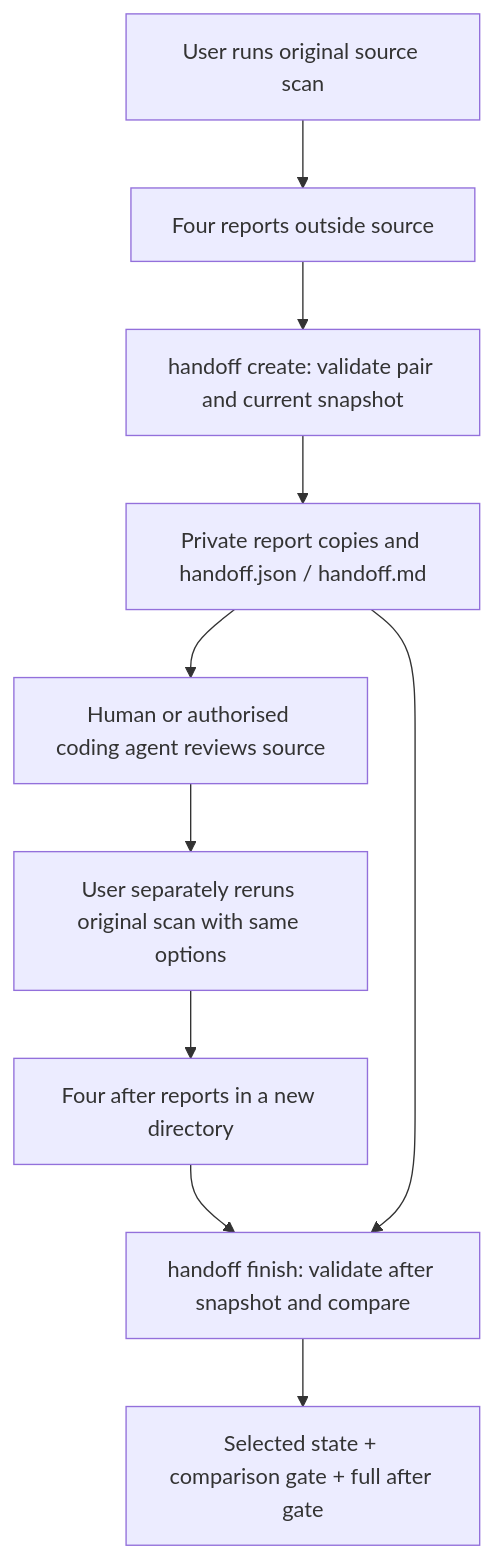
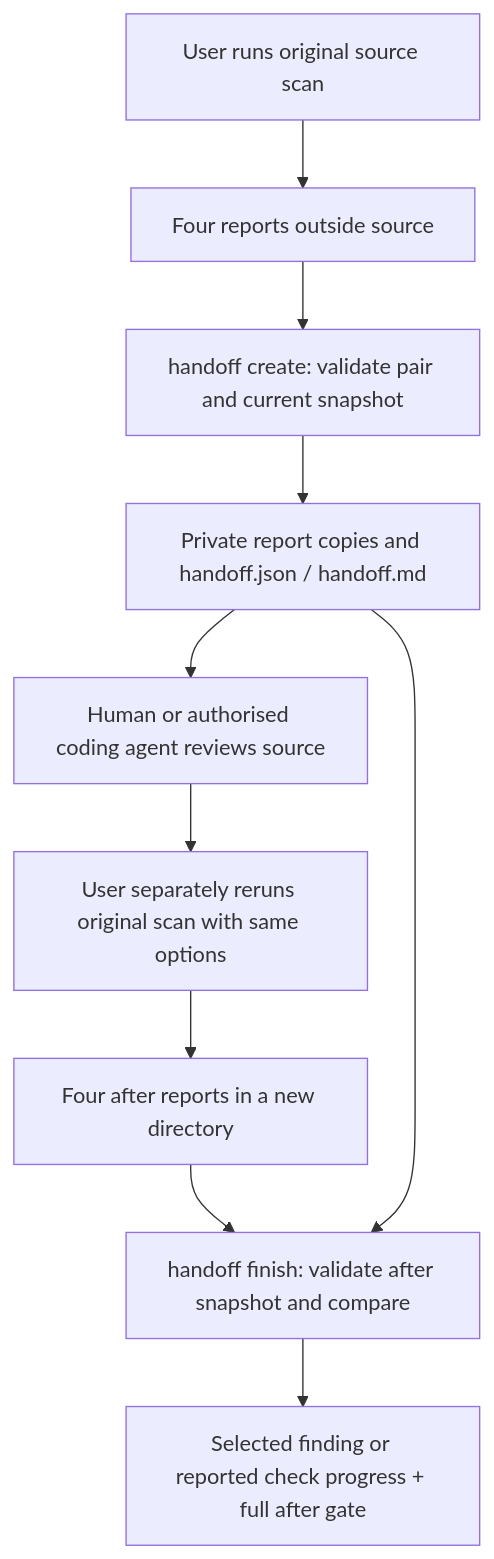
The diagram in docs/source-handoff.md (dusen0528/wakeio-security-ci), drawn with Mermaid before and after one commit. The commit also changed other lines of this file and 32 other files, not shown here.

Commit message:
Add bounded configured source graph and diagnostic handoffs

````diff
--- a/docs/source-handoff.md
+++ b/docs/source-handoff.md
@@ -15,12 +15,12 @@
 ```mermaid
 flowchart TD
   A[User runs original source scan] --> B[Four reports outside source]
   B --> C[handoff create: validate pair and current snapshot]
   C --> D[Private report copies and handoff.json / handoff.md]
   D --> E[Human or authorised coding agent reviews source]
   E --> F[User separately reruns original scan with same options]
   F --> G[Four after reports in a new directory]
   G --> H[handoff finish: validate after snapshot and compare]
   D --> H
-  H --> I[Selected state + comparison gate + full after gate]
+  H --> I[Selected finding or reported check progress + full after gate]
 ```
````
